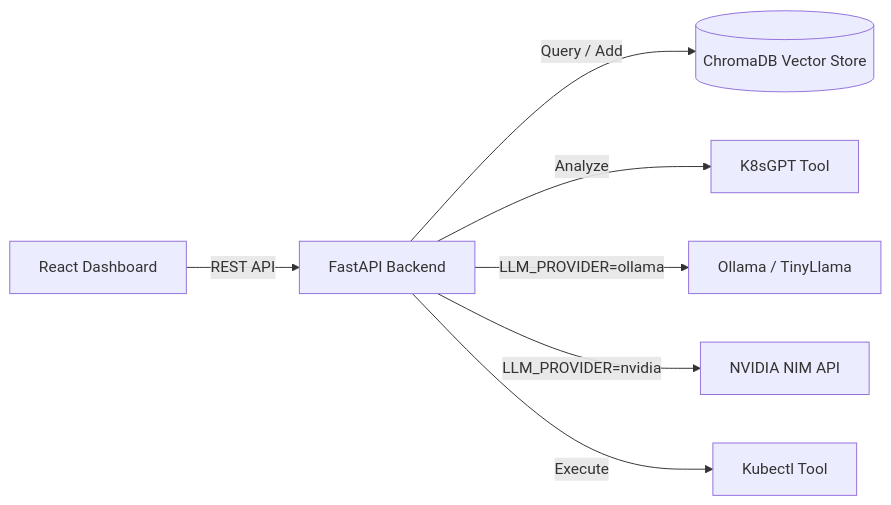
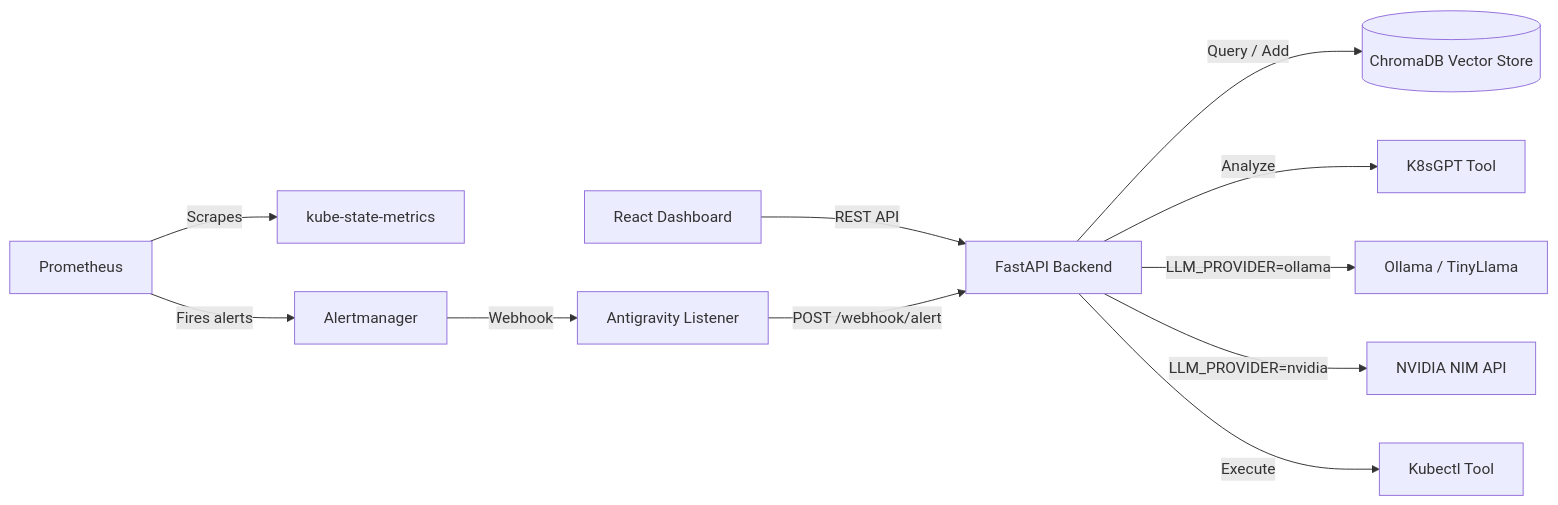
One commit to barbaria888/KubeOps-AI changed the diagram in README.md. Above: the diagram before and after it, drawn with Mermaid. The commit also changed other lines of this file and 12 other files, not shown here.

````diff
--- a/README.md
+++ b/README.md
@@ -41,9 +41,13 @@
   ```mermaid
   graph LR
       A[React Dashboard] -->|REST API| B[FastAPI Backend]
       B -->|Query / Add| C[(ChromaDB Vector Store)]
       B -->|Analyze| D[K8sGPT Tool]
       B -->|LLM_PROVIDER=ollama| E[Ollama / TinyLlama]
       B -->|LLM_PROVIDER=nvidia| G[NVIDIA NIM API]
       B -->|Execute| F[Kubectl Tool]
+      H[Prometheus] -->|Scrapes| I[kube-state-metrics]
+      H -->|Fires alerts| J[Alertmanager]
+      J -->|Webhook| K[Antigravity Listener]
+      K -->|POST /webhook/alert| B
   ```
````
